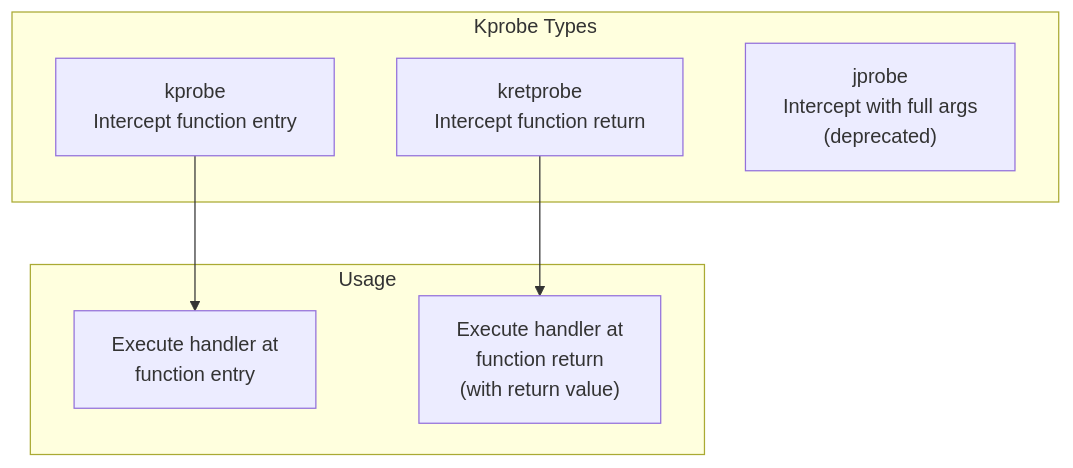
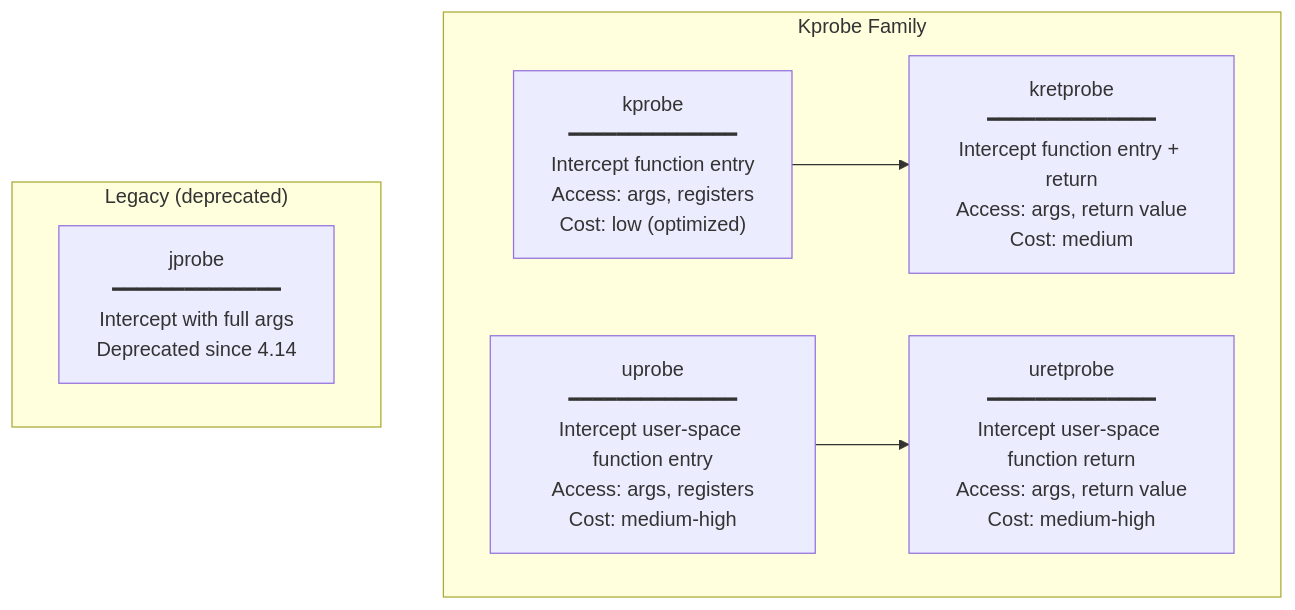
One commit to Abhinav-Kumar012/lb2 changed the second of 3 diagrams in src/observability/kprobes.md. Above: the diagram before and after it, drawn with Mermaid. The commit also changed other lines of this file and 1 other file, not shown here.

````diff
--- a/src/observability/kprobes.md
+++ b/src/observability/kprobes.md
@@ -11,12 +62,14 @@
 ```mermaid
 graph TD
-    subgraph "Kprobe Types"
-        KP["kprobe<br/>Intercept function entry"]
-        KRP["kretprobe<br/>Intercept function return"]
-        JP["jprobe<br/>Intercept with full args<br/>(deprecated)"]
+    subgraph "Kprobe Family"
+        KP["kprobe<br/>━━━━━━━━━━━━━━<br/>Intercept function entry<br/>Access: args, registers<br/>Cost: low (optimized)"]
+        KRP["kretprobe<br/>━━━━━━━━━━━━━━<br/>Intercept function entry + return<br/>Access: args, return value<br/>Cost: medium"]
+        UP["uprobe<br/>━━━━━━━━━━━━━━<br/>Intercept user-space function entry<br/>Access: args, registers<br/>Cost: medium-high"]
+        URP["uretprobe<br/>━━━━━━━━━━━━━━<br/>Intercept user-space function return<br/>Access: args, return value<br/>Cost: medium-high"]
     end
-    subgraph "Usage"
-        KP --> ENTRY["Execute handler at<br/>function entry"]
-        KRP --> RETURN["Execute handler at<br/>function return<br/>(with return value)"]
+    subgraph "Legacy (deprecated)"
+        JP["jprobe<br/>━━━━━━━━━━━━━━<br/>Intercept with full args<br/>Deprecated since 4.14"]
     end
+    KP --> KRP
+    UP --> URP
 ```
````
